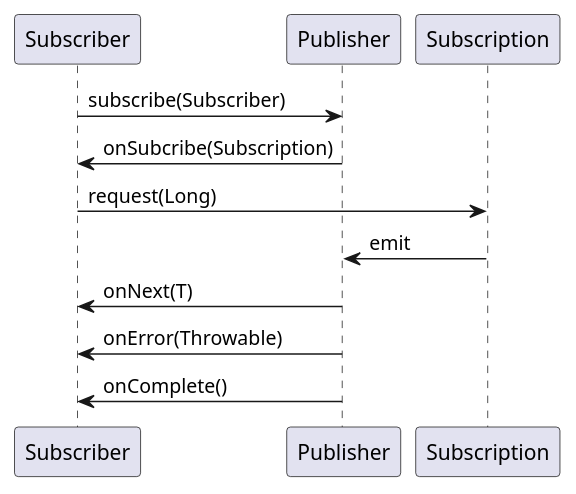
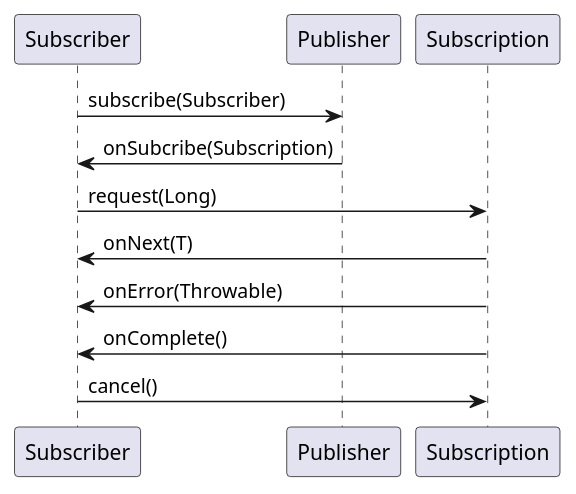
Before and after one commit to Wang-Ray/Wang-Ray.github.io: the diagram in assets/plantuml/reactive-sequence.md, drawn with PlantUML. The commit also changed 1 other file, not shown here.

````diff
--- a/assets/plantuml/reactive-sequence.md
+++ b/assets/plantuml/reactive-sequence.md
@@ -1,15 +1,16 @@
 ```plantuml
 @startuml
 Subscriber -> Publisher: subscribe(Subscriber)
 
 Publisher ->  Subscriber: onSubcribe(Subscription)
 
 Subscriber -> Subscription: request(Long)
 
-Subscription -> Publisher: emit
+Subscription -> Subscriber: onNext(T)
+Subscription -> Subscriber: onError(Throwable)
+Subscription -> Subscriber: onComplete()
 
-Publisher -> Subscriber: onNext(T)
-Publisher -> Subscriber: onError(Throwable)
-Publisher -> Subscriber: onComplete()
+Subscriber -> Subscription: cancel()
+
 @enduml
 ```
````
